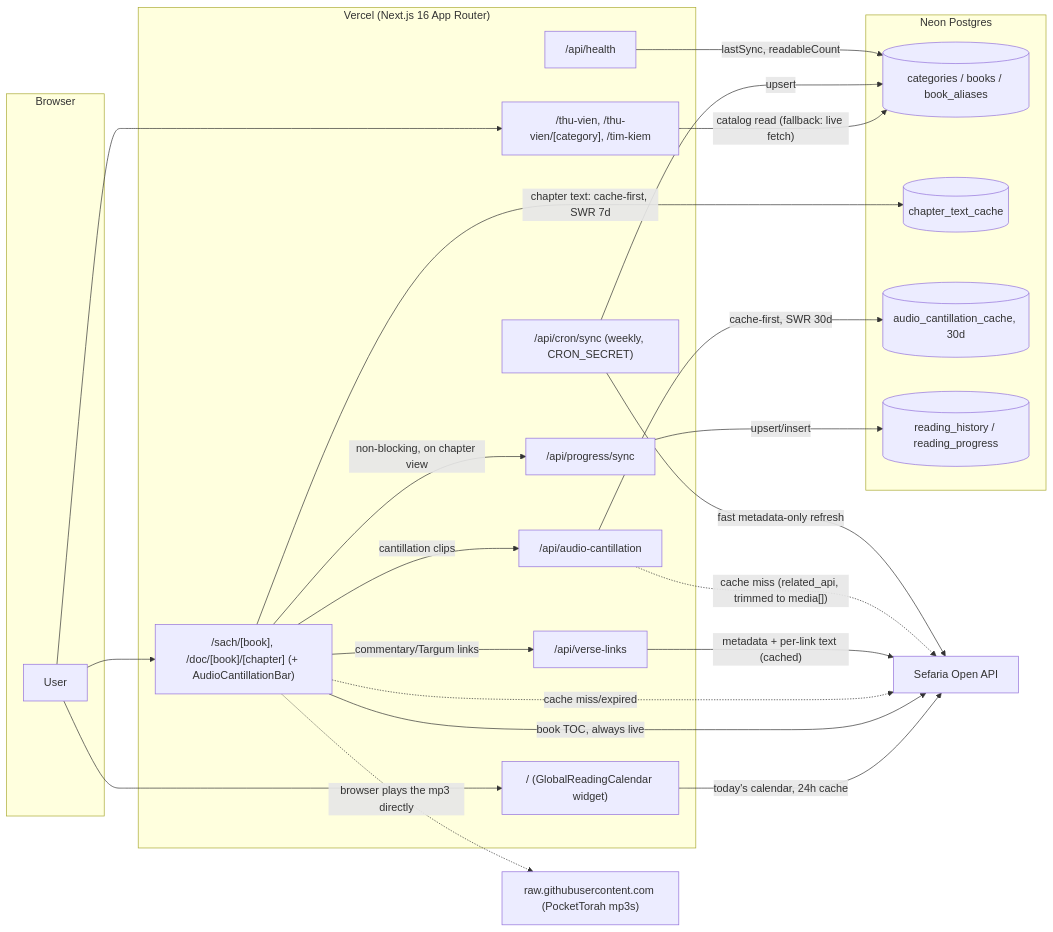
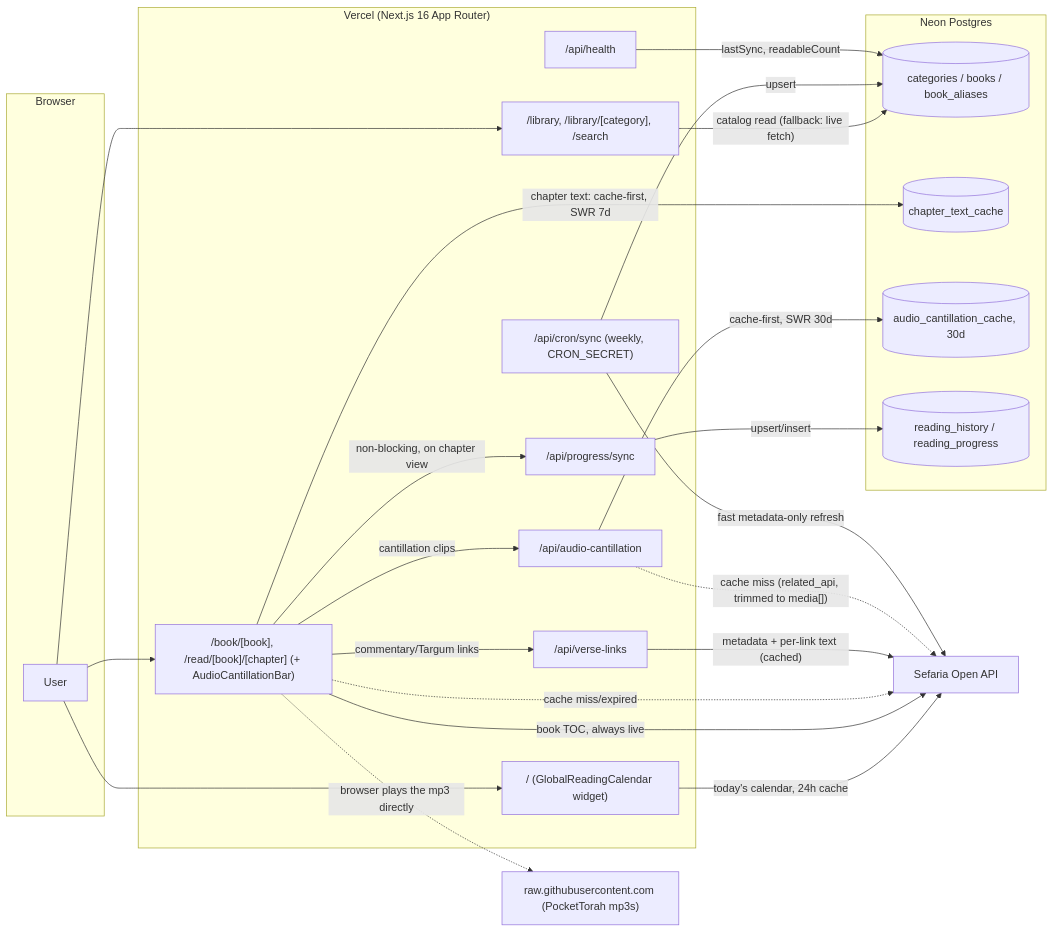
Before and after one commit to minhtai0611/israeli-inspired-3d-book-website: the diagram in README.md, drawn with Mermaid. The commit also changed other lines of this file and 37 other files, not shown here.

````diff
--- a/README.md
+++ b/README.md
@@ -66,44 +66,44 @@
 ```mermaid
 flowchart LR
     subgraph Browser
         U[User]
     end
     subgraph Vercel["Vercel (Next.js 16 App Router)"]
         Home["/ (GlobalReadingCalendar widget)"]
-        Browse["/thu-vien, /thu-vien/[category], /tim-kiem"]
-        Read["/sach/[book], /doc/[book]/[chapter] (+ AudioCantillationBar)"]
+        Browse["/library, /library/[category], /search"]
+        Read["/book/[book], /read/[book]/[chapter] (+ AudioCantillationBar)"]
         ProgressAPI["/api/progress/sync"]
         LinksAPI["/api/verse-links"]
         AudioAPI["/api/audio-cantillation"]
         Cron["/api/cron/sync (weekly, CRON_SECRET)"]
         Health["/api/health"]
     end
     subgraph Neon["Neon Postgres"]
         DB[(categories / books / book_aliases)]
         Cache[(chapter_text_cache)]
         AudioCache[(audio_cantillation_cache, 30d)]
         Reader[(reading_history / reading_progress)]
     end
     Sefaria["Sefaria Open API"]
     PocketTorah["raw.githubusercontent.com (PocketTorah mp3s)"]
 
     U --> Home
     U --> Browse
     U --> Read
     Home -- "today's calendar, 24h cache" --> Sefaria
     Browse -- "catalog read (fallback: live fetch)" --> DB
     Read -- "book TOC, always live" --> Sefaria
     Read -- "chapter text: cache-first, SWR 7d" --> Cache
     Read -. "cache miss/expired" .-> Sefaria
     Read -- "commentary/Targum links" --> LinksAPI
     LinksAPI -- "metadata + per-link text (cached)" --> Sefaria
     Read -- "cantillation clips" --> AudioAPI
     AudioAPI -- "cache-first, SWR 30d" --> AudioCache
     AudioAPI -. "cache miss (related_api, trimmed to media[])" .-> Sefaria
     Read -. "browser plays the mp3 directly" .-> PocketTorah
     Read -- "non-blocking, on chapter view" --> ProgressAPI
     ProgressAPI -- "upsert/insert" --> Reader
     Cron -- "fast metadata-only refresh" --> Sefaria
     Cron -- "upsert" --> DB
     Health -- "lastSync, readableCount" --> DB
 ```
````
